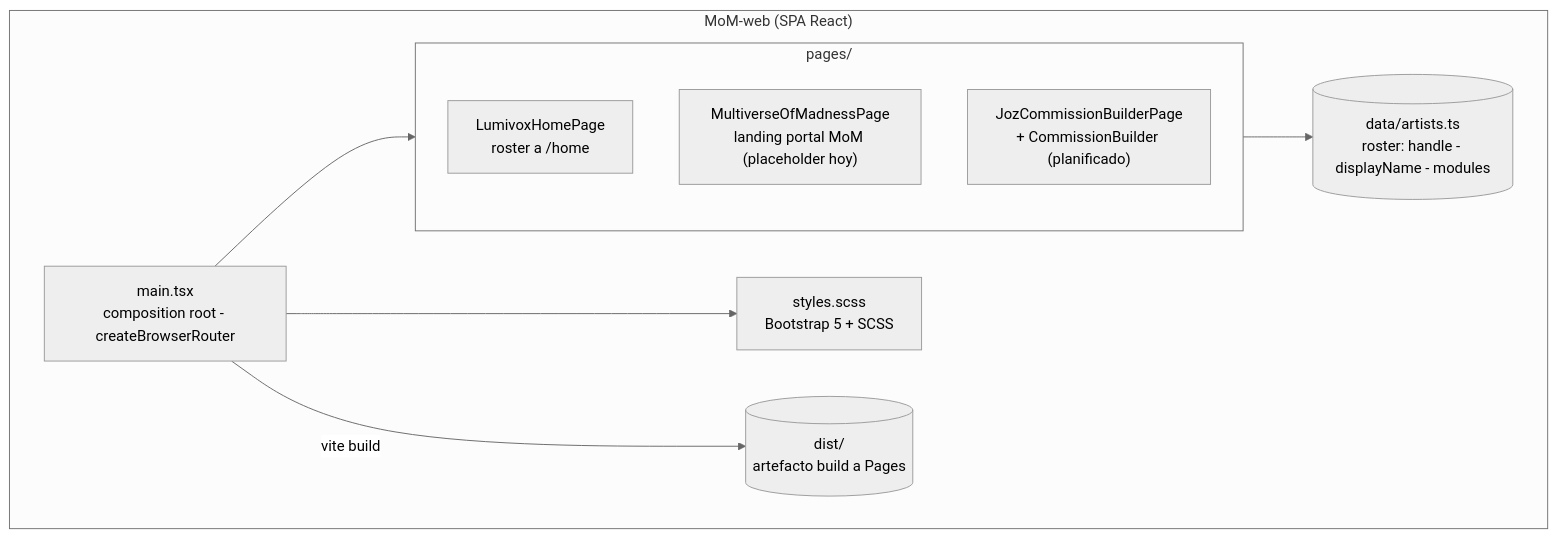
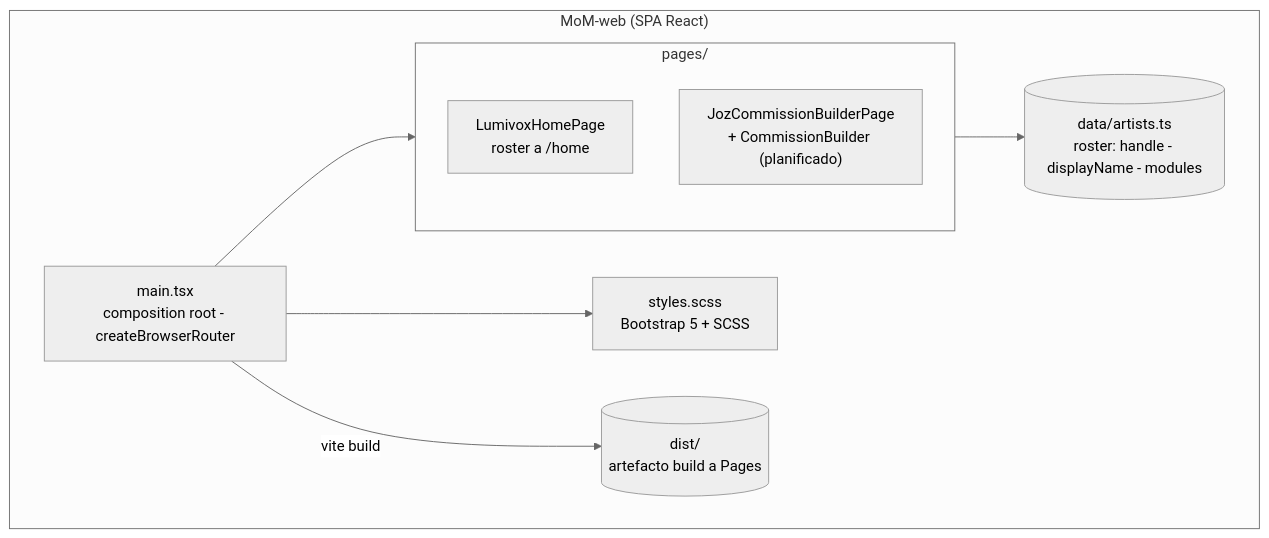
Before and after one commit to LuisMiguelMedina/LuisMiguelMedina.github.io: the second of 4 diagrams in docs/arc42/architecture.md, drawn with Mermaid (neutral theme). The commit also changed other lines of this file and 13 other files, not shown here.

````diff
--- a/docs/arc42/architecture.md
+++ b/docs/arc42/architecture.md
@@ -112,19 +112,18 @@
 ```mermaid
 graph TD
   subgraph MoM["MoM-web (SPA React)"]
     MAIN["main.tsx<br/>composition root - createBrowserRouter"]
     DATA[("data/artists.ts<br/>roster: handle - displayName - modules")]
     STYLES["styles.scss<br/>Bootstrap 5 + SCSS"]
     subgraph PAGES["pages/"]
       HP["LumivoxHomePage<br/>roster a /home"]
-      MOM["MultiverseOfMadnessPage<br/>landing portal MoM (placeholder hoy)"]
       JOZ["JozCommissionBuilderPage<br/>+ CommissionBuilder (planificado)"]
     end
     DIST[("dist/<br/>artefacto build a Pages")]
   end
 
   MAIN --> PAGES
   PAGES --> DATA
   MAIN --> STYLES
   MAIN -->|vite build| DIST
 ```
````
